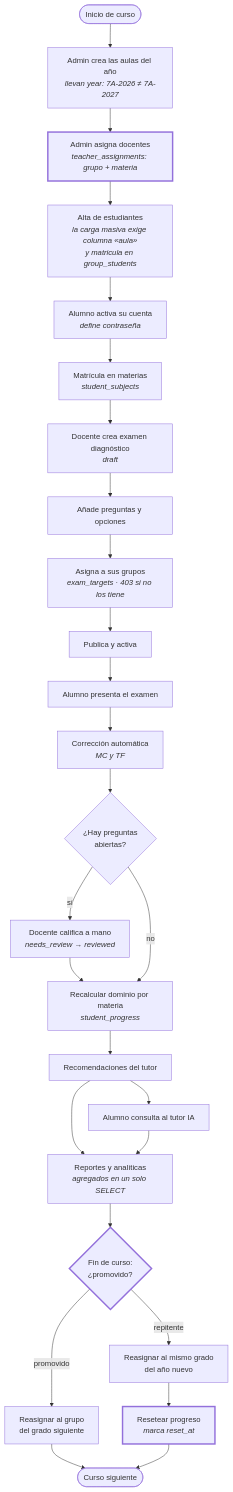
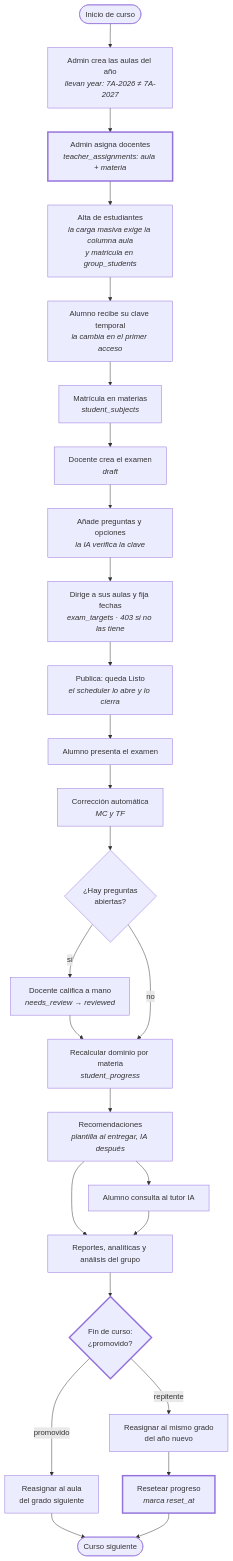
One commit to Infil505/NeoEduCore-Back changed diagram 19 of 19 in docs/DIAGRAMAS.md. Above: the diagram before and after it, drawn with Mermaid. The commit also changed other lines of this file and 25 other files, not shown here.

````diff
--- a/docs/DIAGRAMAS.md
+++ b/docs/DIAGRAMAS.md
@@ -1102,47 +1359,47 @@
 ```mermaid
 flowchart TB
     START(["Inicio de curso"])
 
     A["Admin crea las aulas del año<br/><i>llevan year: 7A-2026 ≠ 7A-2027</i>"]
-    A2["Admin asigna docentes<br/><i>teacher_assignments: grupo + materia</i>"]
-    B["Alta de estudiantes<br/><i>la carga masiva exige columna «aula»<br/>y matricula en group_students</i>"]
-    C["Alumno activa su cuenta<br/><i>define contraseña</i>"]
+    A2["Admin asigna docentes<br/><i>teacher_assignments: aula + materia</i>"]
+    B["Alta de estudiantes<br/><i>la carga masiva exige la columna aula<br/>y matricula en group_students</i>"]
+    C["Alumno recibe su clave temporal<br/><i>la cambia en el primer acceso</i>"]
     D["Matrícula en materias<br/><i>student_subjects</i>"]
 
-    E["Docente crea examen diagnóstico<br/><i>draft</i>"]
-    F["Añade preguntas y opciones"]
-    G["Asigna a sus grupos<br/><i>exam_targets · 403 si no los tiene</i>"]
-    H["Publica y activa"]
+    E["Docente crea el examen<br/><i>draft</i>"]
+    F["Añade preguntas y opciones<br/><i>la IA verifica la clave</i>"]
+    G["Dirige a sus aulas y fija fechas<br/><i>exam_targets · 403 si no las tiene</i>"]
+    H["Publica: queda Listo<br/><i>el scheduler lo abre y lo cierra</i>"]
 
     I["Alumno presenta el examen"]
     J["Corrección automática<br/><i>MC y TF</i>"]
     K{"¿Hay preguntas<br/>abiertas?"}
     L["Docente califica a mano<br/><i>needs_review → reviewed</i>"]
     M["Recalcular dominio por materia<br/><i>student_progress</i>"]
-    N["Recomendaciones del tutor"]
+    N["Recomendaciones<br/><i>plantilla al entregar, IA después</i>"]
 
-    O["Reportes y analíticas<br/><i>agregados en un solo SELECT</i>"]
+    O["Reportes, analíticas y análisis del grupo"]
     P["Alumno consulta al tutor IA"]
 
     Q{"Fin de curso:<br/>¿promovido?"}
-    R["Reasignar al grupo<br/>del grado siguiente"]
+    R["Reasignar al aula<br/>del grado siguiente"]
     S["Reasignar al mismo grado<br/>del año nuevo"]
     T["Resetear progreso<br/><i>marca reset_at</i>"]
     END(["Curso siguiente"])
 
     START --> A --> A2 --> B --> C --> D
     D --> E --> F --> G --> H
     H --> I --> J --> K
     K -->|sí| L --> M
     K -->|no| M
     M --> N --> O
     N --> P
     P --> O
     O --> Q
     Q -->|promovido| R --> END
     Q -->|repitente| S --> T --> END
 
     style Q stroke-width:3px
     style T stroke-width:3px
     style A2 stroke-width:3px
 ```
````
